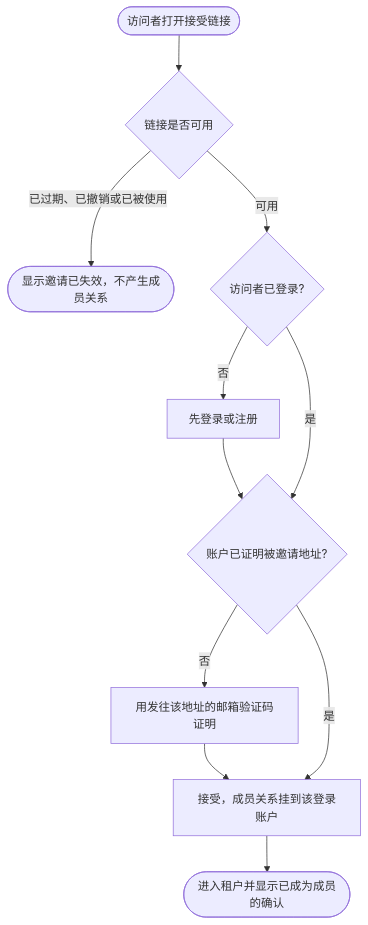
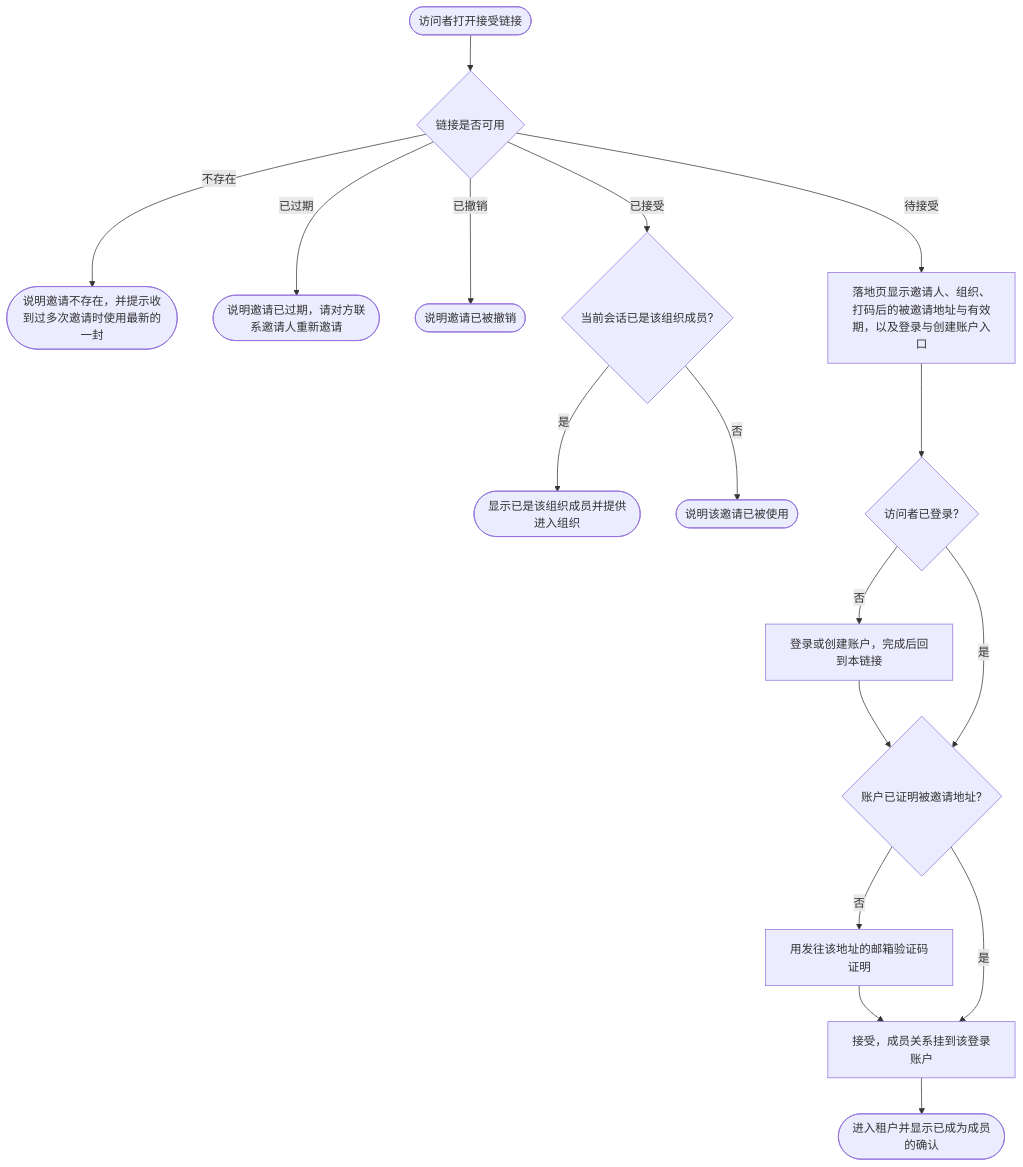
The diagram in docs/prd/journeys/journey-operator-onboards-tenant.md (wangzw/speed), drawn with Mermaid before and after one commit. The commit also changed other lines of this file and 185 other files, not shown here.

````diff
--- a/docs/prd/journeys/journey-operator-onboards-tenant.md
+++ b/docs/prd/journeys/journey-operator-onboards-tenant.md
@@ -45,11 +45,17 @@
 ```mermaid
 flowchart TD
     A([访问者打开接受链接]) --> B{链接是否可用}
-    B -->|已过期、已撤销或已被使用| X([显示邀请已失效，不产生成员关系])
-    B -->|可用| S{访问者已登录?}
-    S -->|否| R[先登录或注册] --> P{账户已证明被邀请地址?}
-    S -->|是| P
-    P -->|否| V[用发往该地址的邮箱验证码证明] --> D
+    B -->|不存在| M([说明邀请不存在，并提示收到过多次邀请时使用最新的一封])
+    B -->|已过期| X([说明邀请已过期，请对方联系邀请人重新邀请])
+    B -->|已撤销| V([说明邀请已被撤销])
+    B -->|已接受| U{当前会话已是该组织成员?}
+    U -->|是| MB([显示已是该组织成员并提供进入组织])
+    U -->|否| US([说明该邀请已被使用])
+    B -->|待接受| L[落地页显示邀请人、组织、打码后的被邀请地址与有效期，以及登录与创建账户入口]
+    L --> S{访问者已登录?}
+    S -->|否| R[登录或创建账户，完成后回到本链接] --> P
+    S -->|是| P{账户已证明被邀请地址?}
+    P -->|否| C[用发往该地址的邮箱验证码证明] --> D
     P -->|是| D[接受，成员关系挂到该登录账户]
     D --> G([进入租户并显示已成为成员的确认])
 ```
````
